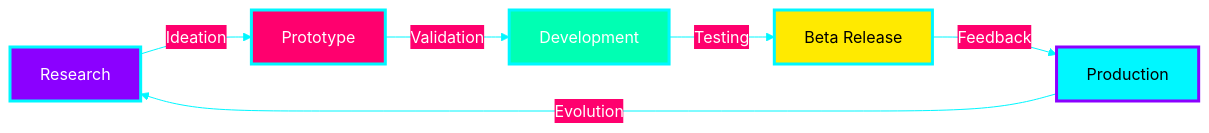
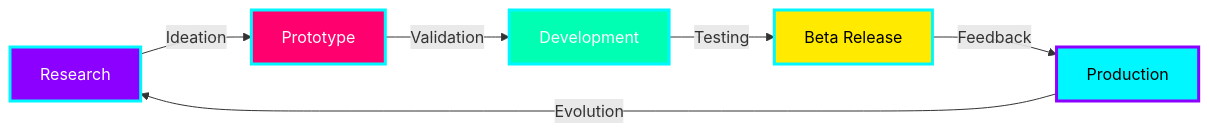
The second of 3 diagrams in profile/README.md (Violet-Site-Systems/.github), drawn with Mermaid before and after one commit.

Commit message:
Fix Mermaid diagram rendering by removing unsupported init directive (#16)
* Initial plan

* Fix Mermaid rendering by removing unsupported init config

---------

````diff
--- a/profile/README.md
+++ b/profile/README.md
@@ -182,15 +182,14 @@
 ```mermaid
-%%{init: {'theme':'base', 'themeVariables': { 'primaryColor':'#8B00FF','primaryTextColor':'#fff','primaryBorderColor':'#00F7FF','lineColor':'#00F7FF','secondaryColor':'#FF006E','tertiaryColor':'#00FFB3'}}}%%
 graph LR
     A[Research] -->|Ideation| B[Prototype]
     B -->|Validation| C[Development]
     C -->|Testing| D[Beta Release]
     D -->|Feedback| E[Production]
     E -->|Evolution| A
     
     style A fill:#8B00FF,stroke:#00F7FF,stroke-width:3px,color:#fff
     style B fill:#FF006E,stroke:#00F7FF,stroke-width:3px,color:#fff
     style C fill:#00FFB3,stroke:#00F7FF,stroke-width:3px,color:#fff
     style D fill:#FFEA00,stroke:#00F7FF,stroke-width:3px,color:#000
     style E fill:#00F7FF,stroke:#8B00FF,stroke-width:3px,color:#000
 ```
````
